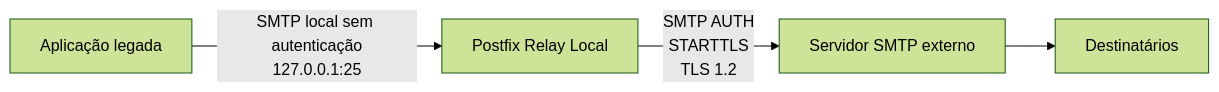
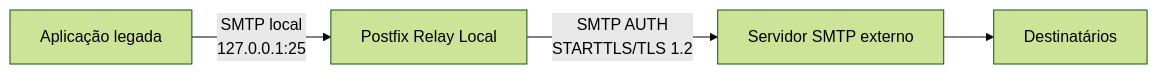
One commit to otaviox3/postfix-smtp-relay changed the second of 3 diagrams in README.md. Above: the diagram before and after it, drawn with Mermaid (forest theme). The commit also changed other lines of this file and 11 other files, not shown here.

````diff
--- a/README.md
+++ b/README.md
@@ -50,6 +94,6 @@
 ```mermaid
 flowchart LR
-    A[Aplicação legada] -->|SMTP local sem autenticação<br>127.0.0.1:25| B[Postfix Relay Local]
-    B -->|SMTP AUTH<br>STARTTLS<br>TLS 1.2| C[Servidor SMTP externo]
+    A[Aplicação legada] -->|SMTP local<br>127.0.0.1:25| B[Postfix Relay Local]
+    B -->|SMTP AUTH<br>STARTTLS/TLS 1.2| C[Servidor SMTP externo]
     C --> D[Destinatários]
 ```
````
